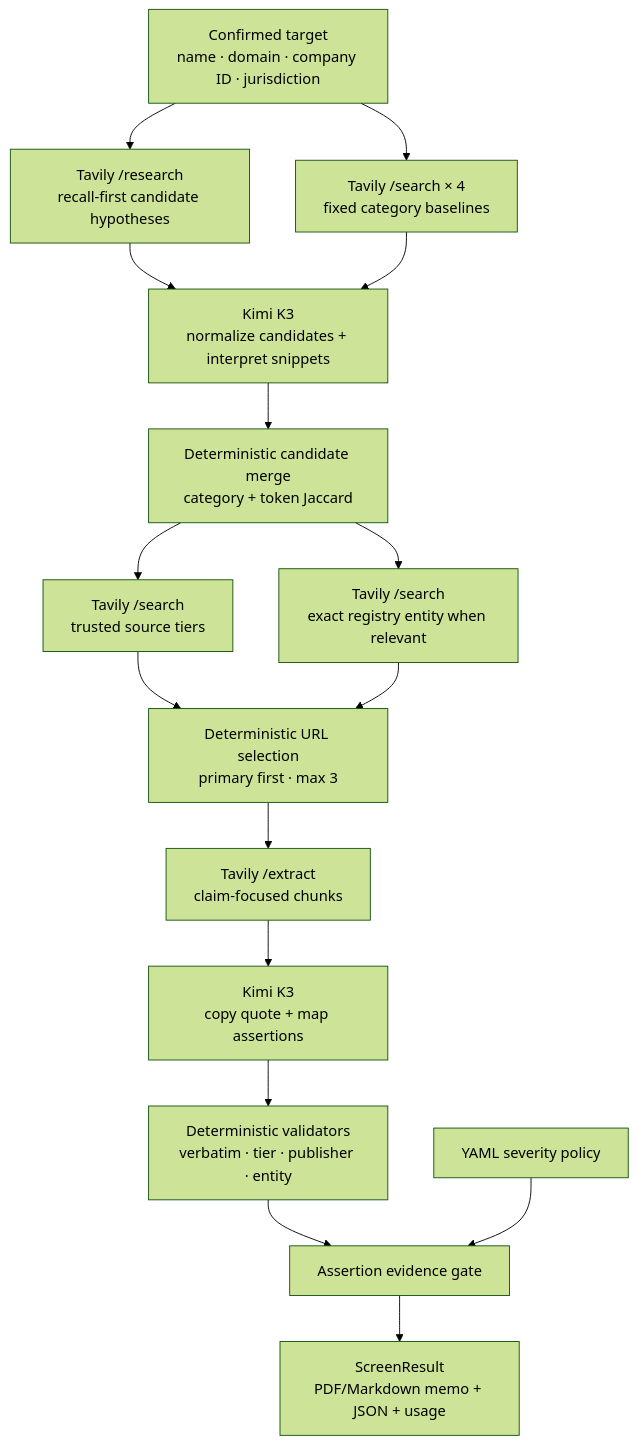
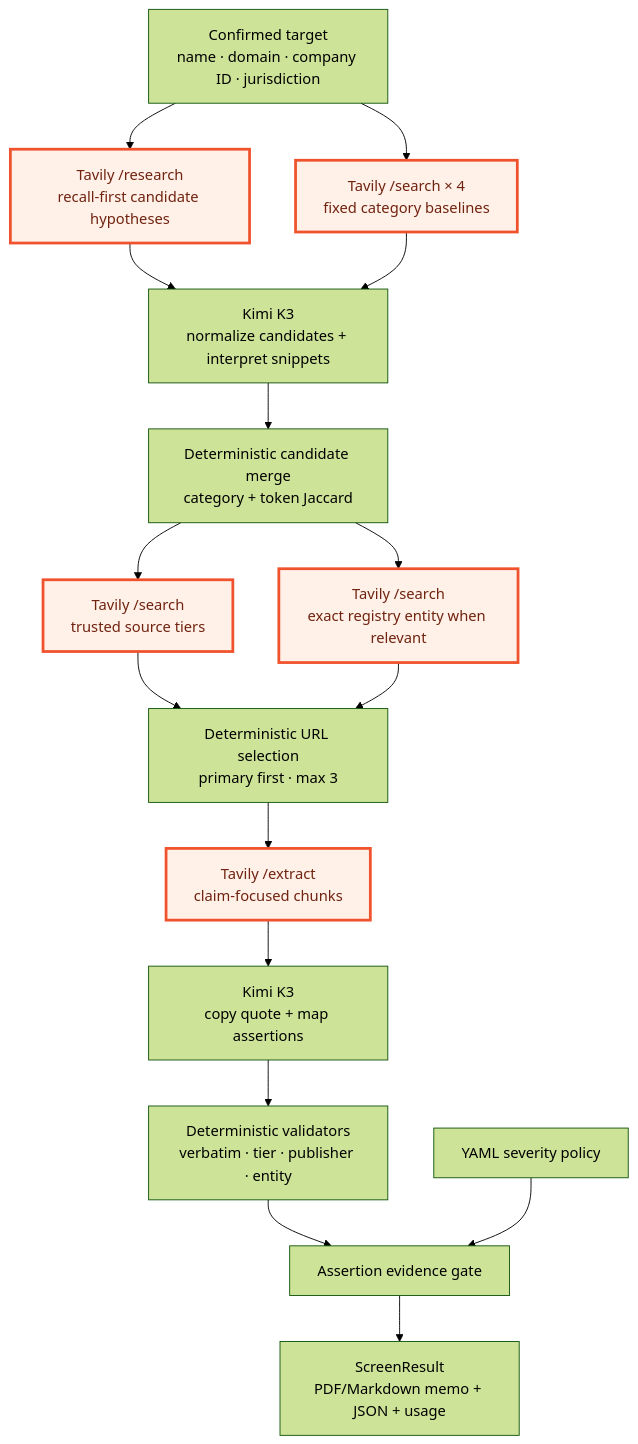
Before and after one commit to 0xtigerclaw/deal_lens: the second of 8 diagrams in docs/ARCHITECTURE.md, drawn with Mermaid (forest theme). The commit also changed other lines of this file and 12 other files, not shown here.

````diff
--- a/docs/ARCHITECTURE.md
+++ b/docs/ARCHITECTURE.md
@@ -41,27 +46,30 @@
 ```mermaid
 flowchart TD
     I["Confirmed target<br/>name · domain · company ID · jurisdiction"]
     R["Tavily /research<br/>recall-first candidate hypotheses"]
     S0["Tavily /search × 4<br/>fixed category baselines"]
     N["Kimi K3<br/>normalize candidates + interpret snippets"]
     M["Deterministic candidate merge<br/>category + token Jaccard"]
     SV["Tavily /search<br/>trusted source tiers"]
     SR["Tavily /search<br/>exact registry entity when relevant"]
     P["Deterministic URL selection<br/>primary first · max 3"]
     X["Tavily /extract<br/>claim-focused chunks"]
     Q["Kimi K3<br/>copy quote + map assertions"]
     V["Deterministic validators<br/>verbatim · tier · publisher · entity"]
     G["Assertion evidence gate"]
     Y["YAML severity policy"]
     O["ScreenResult<br/>PDF/Markdown memo + JSON + usage"]
 
     I --> R --> N
     I --> S0 --> N
     N --> M
     M --> SV
     M --> SR
     SV --> P
     SR --> P
     P --> X --> Q --> V --> G
     Y --> G --> O
+
+    classDef tavily fill:#fff0e8,stroke:#f0522d,stroke-width:3px,color:#70230f
+    class R,S0,SV,SR,X tavily
 ```
````
